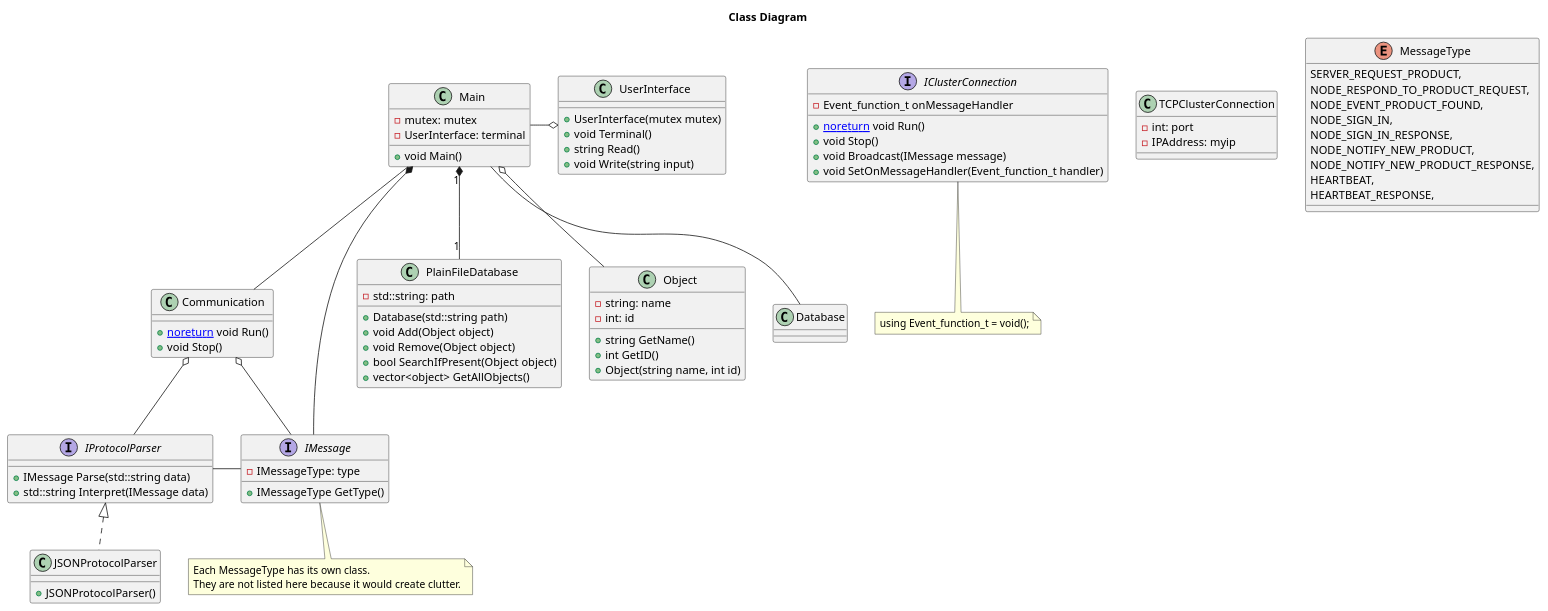
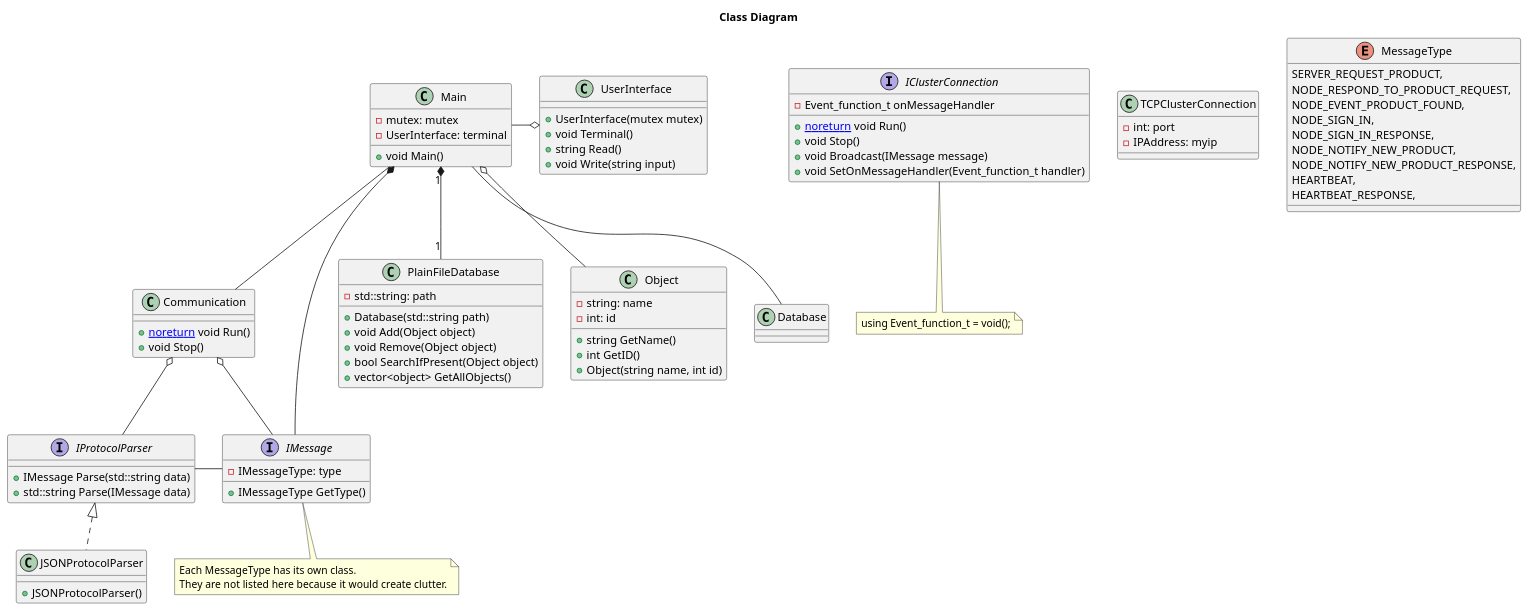
One commit to T3-FindIt/FindIt changed the diagram in Designs/Server Design/Design.wsd. Above: the diagram before and after it, drawn with PlantUML.

Commit message:
Finalized ProtocolParser interface

```diff
--- a/Designs/Server Design/Design.wsd
+++ b/Designs/Server Design/Design.wsd
@@ -1,126 +1,126 @@
 @startuml ClassDiagram
 Title Class Diagram
 
 Class Communication
 {
     {method} + [[noreturn]] void Run()
     {method} + void Stop()
 }
 
 ' using Event_function_t = void();
 interface IClusterConnection
 {
     {field} - Event_function_t onMessageHandler
     {method} + [[noreturn]] void Run()
     {method} + void Stop()
     {method} + void Broadcast(IMessage message)
     ' {method} + void Send(IMessage message, IPAdress myip)
     {method} + void SetOnMessageHandler(Event_function_t handler)
 }
 
 note bottom of IClusterConnection
 using Event_function_t = void();
 end note
 
 class TCPClusterConnection
 {
     {field} - int: port
     {field} - IPAddress: myip
 }
 
 Class PlainFileDatabase
 {
     {field} - std::string: path
     {method} + Database(std::string path)
     {method} + void Add(Object object)
     {method} + void Remove(Object object)
     {method} + bool SearchIfPresent(Object object)
     {method} + vector<object> GetAllObjects()
 }
 
 Class Object
 {
     {field} - string: name
     {field} - int: id
     {method} + string GetName()
     {method} + int GetID()
     {method} + Object(string name, int id)
 }
 
 enum MessageType
 {
     SERVER_REQUEST_PRODUCT,
     NODE_RESPOND_TO_PRODUCT_REQUEST,
     NODE_EVENT_PRODUCT_FOUND,
     NODE_SIGN_IN,
     NODE_SIGN_IN_RESPONSE,
     NODE_NOTIFY_NEW_PRODUCT,
     NODE_NOTIFY_NEW_PRODUCT_RESPONSE,
     HEARTBEAT,
     HEARTBEAT_RESPONSE,
 }
 
 interface IMessage
 {
     {field} - IMessageType: type
     {method} + IMessageType GetType()
 }
 
 note bottom of IMessage
 Each MessageType has its own class.
 They are not listed here because it would create clutter.
 end note
 
 interface IProtocolParser
 {
     {method} + IMessage Parse(std::string data)
-    {method} + std::string Interpret(IMessage data)
+    {method} + std::string Parse(IMessage data)
 }
 
 Class JSONProtocolParser
 {
     {method} + JSONProtocolParser()
 }
 
 Class UserInterface
 {
     {method} + UserInterface(mutex mutex)
     {method} + void Terminal()
     {method} + string Read()
     {method} + void Write(string input)
 }
 
 Class Main
 {
     {field} - mutex: mutex
     {field} - UserInterface: terminal
     {method} + void Main()
 }
 
 Main "1" *-- "1" PlainFileDatabase
 
 ' EMPTY CLASSES
 ' END OF EMPYY CLASSES
 
 Main -o UserInterface
 Main o-- Object
 Main -- Database
 Main -- Communication
 Main *-- IMessage
 Communication o-- IMessage
 IProtocolParser <|.. JSONProtocolParser
 IProtocolParser - IMessage
 Communication o-- IProtocolParser
 
 ' Controller "1" o-- "1" WiFiHandler
 ' Controller "1" o-- "1" IMasterSlave
 ' Controller "1" o-- "1" JsonBuilder
 ' Controller "1" o-down- "1" IDipSwitch
 ' Controller "1" o-- "1" WebSocketHandler
 
 ' WiFiHandler "1" o-- "1" WiFiData
 ' WebSocketHandler "1" o-- "1" WebsocketData
 
 ' See if we should separate WebSocket & WiFi
 ' object opslaan als JSON objecten?
 @enduml
```
